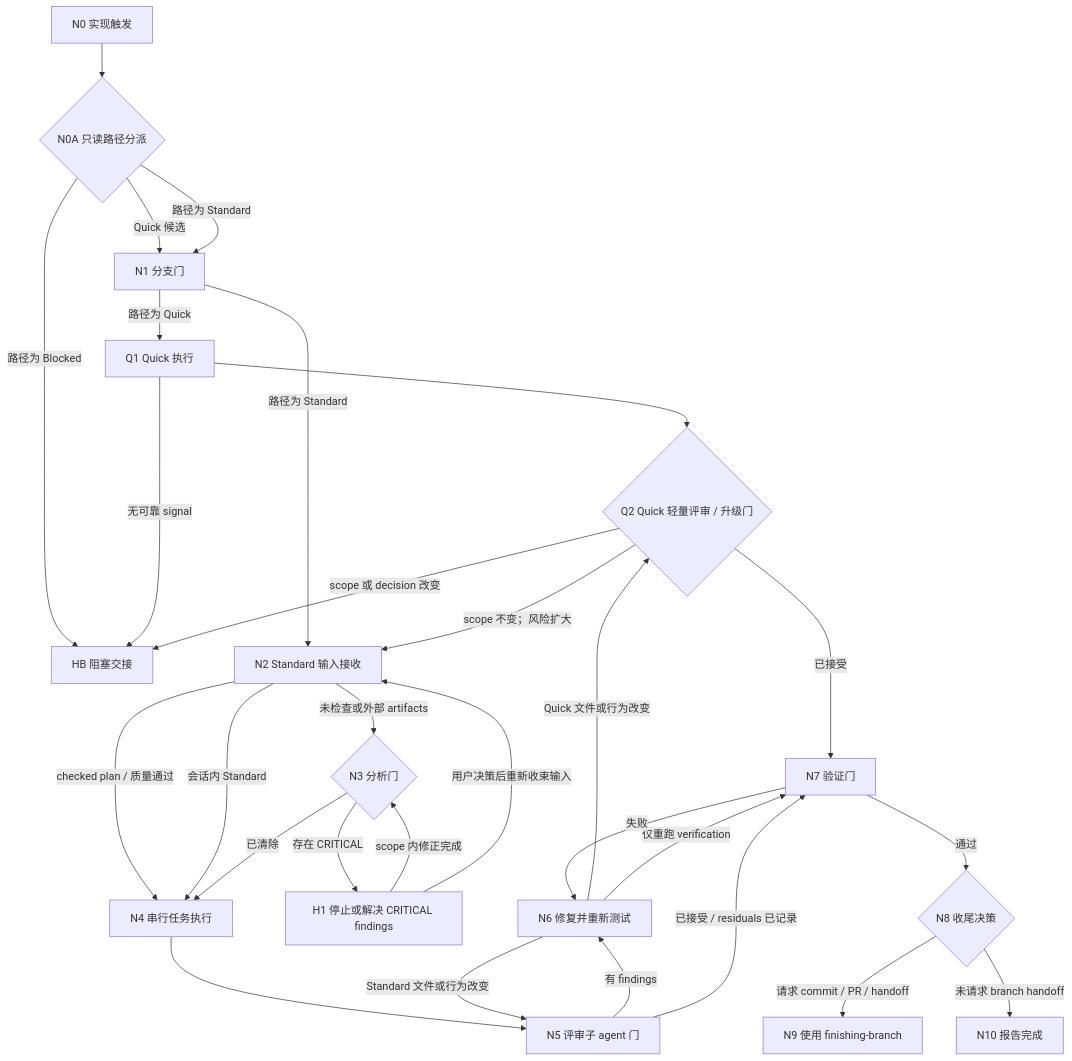
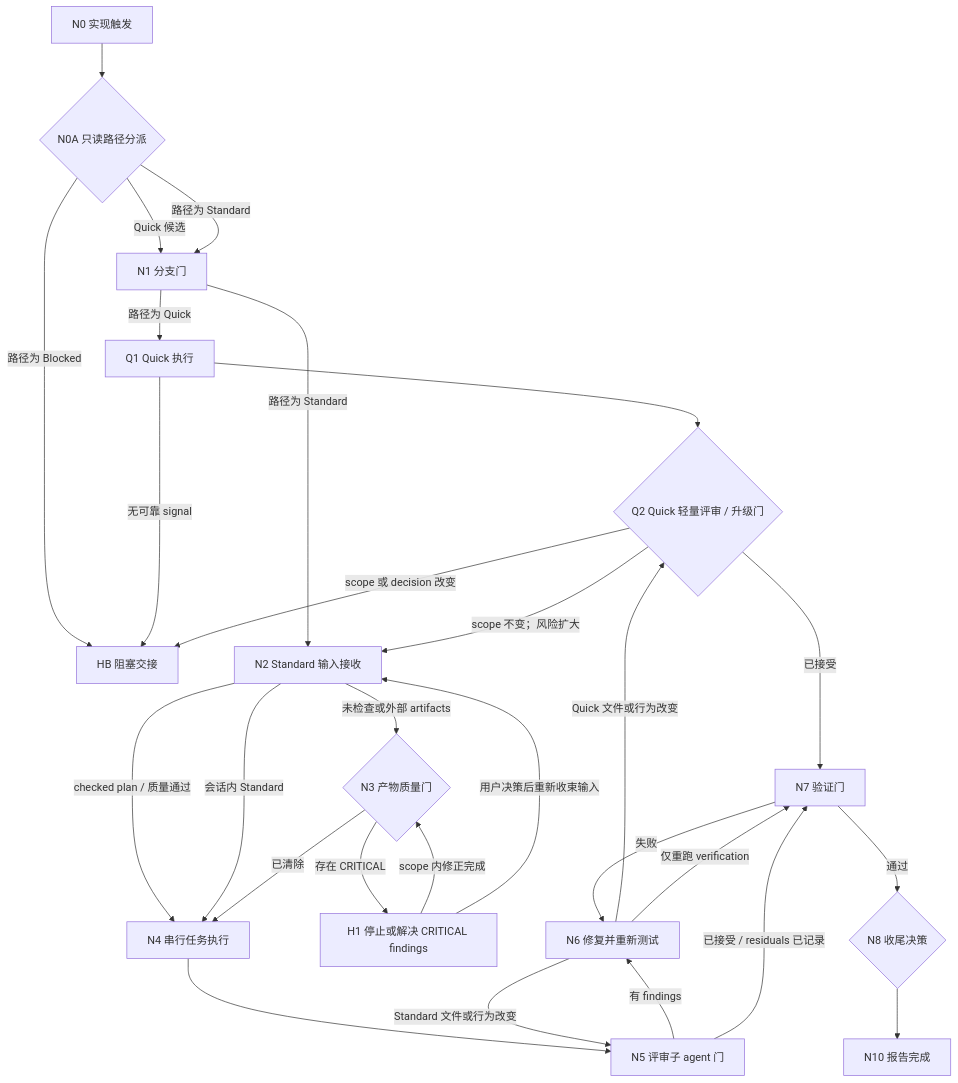
Before and after one commit to fjxyyzg3/Skills: the diagram in Skills/implement/SKILL.md, drawn with Mermaid. The commit also changed other lines of this file and 19 other files, not shown here.

````diff
--- a/Skills/implement/SKILL.md
+++ b/Skills/implement/SKILL.md
@@ -59,31 +59,30 @@
 ```mermaid
 flowchart TD
   N0["N0 实现触发"] --> N0A{"N0A 只读路径分派"}
   N0A -- "Quick 候选" --> N1["N1 分支门"]
   N0A -- "路径为 Standard" --> N1
   N0A -- "路径为 Blocked" --> HB["HB 阻塞交接"]
   N1 -- "路径为 Quick" --> Q1["Q1 Quick 执行"]
   N1 -- "路径为 Standard" --> N2["N2 Standard 输入接收"]
   Q1 --> Q2{"Q2 Quick 轻量评审 / 升级门"}
   Q1 -- "无可靠 signal" --> HB
   Q2 -- "已接受" --> N7["N7 验证门"]
   Q2 -- "scope 不变；风险扩大" --> N2
   Q2 -- "scope 或 decision 改变" --> HB
   N2 -- "checked plan / 质量通过" --> N4["N4 串行任务执行"]
-  N2 -- "未检查或外部 artifacts" --> N3{"N3 分析门"}
+  N2 -- "未检查或外部 artifacts" --> N3{"N3 产物质量门"}
   N2 -- "会话内 Standard" --> N4
   N3 -- "存在 CRITICAL" --> H1["H1 停止或解决 CRITICAL findings"]
   H1 -- "scope 内修正完成" --> N3
   H1 -- "用户决策后重新收束输入" --> N2
   N3 -- "已清除" --> N4
   N4 --> N5["N5 评审子 agent 门"]
   N5 -- "有 findings" --> N6["N6 修复并重新测试"]
   N6 -- "Quick 文件或行为改变" --> Q2
   N6 -- "Standard 文件或行为改变" --> N5
   N6 -- "仅重跑 verification" --> N7
   N5 -- "已接受 / residuals 已记录" --> N7
   N7 -- "失败" --> N6
   N7 -- "通过" --> N8{"N8 收尾决策"}
-  N8 -- "请求 commit / PR / handoff" --> N9["N9 使用 finishing-branch"]
-  N8 -- "未请求 branch handoff" --> N10["N10 报告完成"]
+  N8 --> N10["N10 报告完成"]
 ```
````
